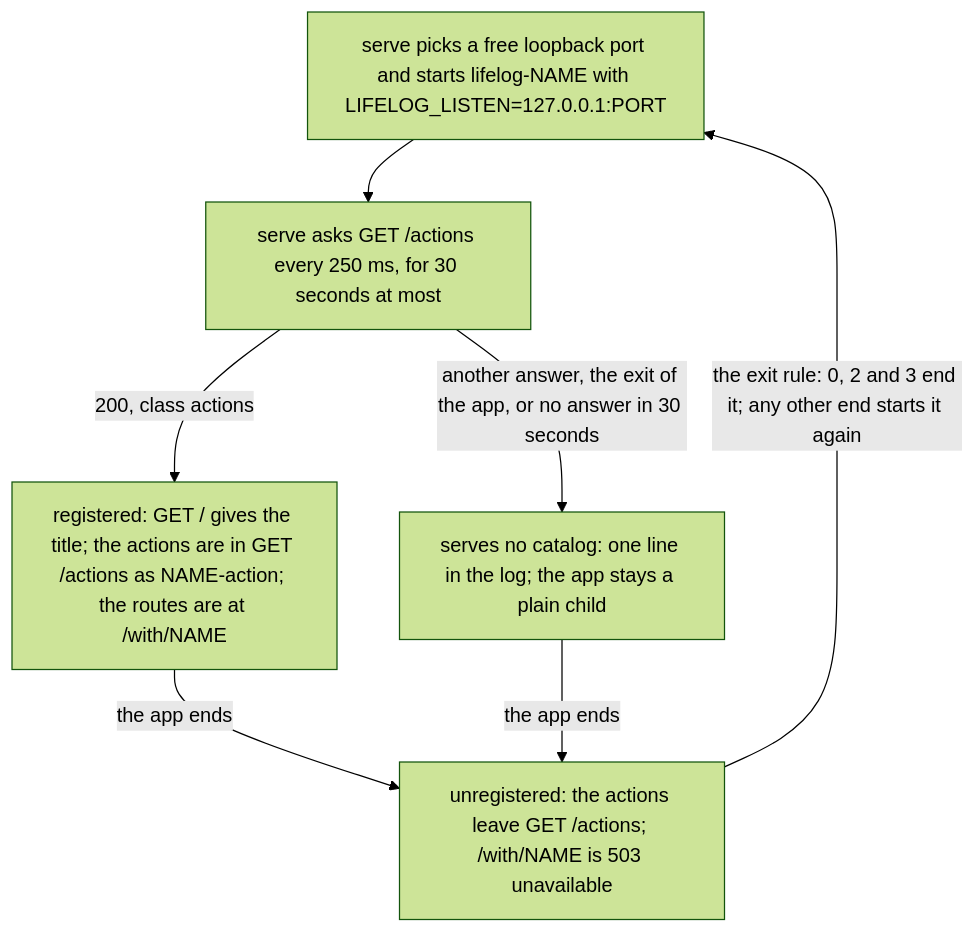
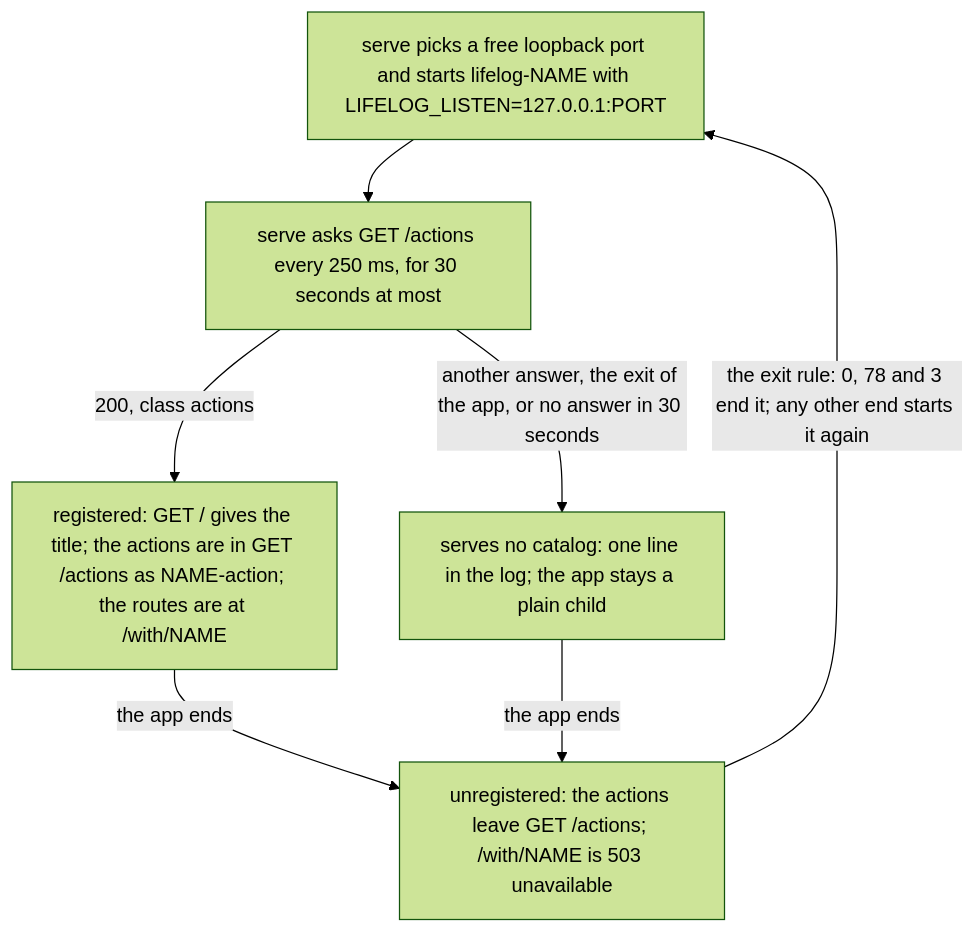
Before and after one commit to alexradunet/aminte: the fourth of 6 diagrams in extensions/README.md, drawn with Mermaid (forest theme). The commit also changed other lines of this file and 13 other files, not shown here.

````diff
--- a/extensions/README.md
+++ b/extensions/README.md
@@ -128,9 +127,9 @@
 ```mermaid
 flowchart TD
   S["serve picks a free loopback port and starts lifelog-NAME with LIFELOG_LISTEN=127.0.0.1:PORT"] --> P["serve asks GET /actions every 250 ms, for 30 seconds at most"]
   P -->|"200, class actions"| R["registered: GET / gives the title; the actions are in GET /actions as NAME-action; the routes are at /with/NAME"]
   P -->|"another answer, the exit of the app, or no answer in 30 seconds"| N["serves no catalog: one line in the log; the app stays a plain child"]
   R -->|"the app ends"| U["unregistered: the actions leave GET /actions; /with/NAME is 503 unavailable"]
   N -->|"the app ends"| U
-  U -->|"the exit rule: 0, 2 and 3 end it; any other end starts it again"| S
+  U -->|"the exit rule: 0, 78 and 3 end it; any other end starts it again"| S
 ```
````
